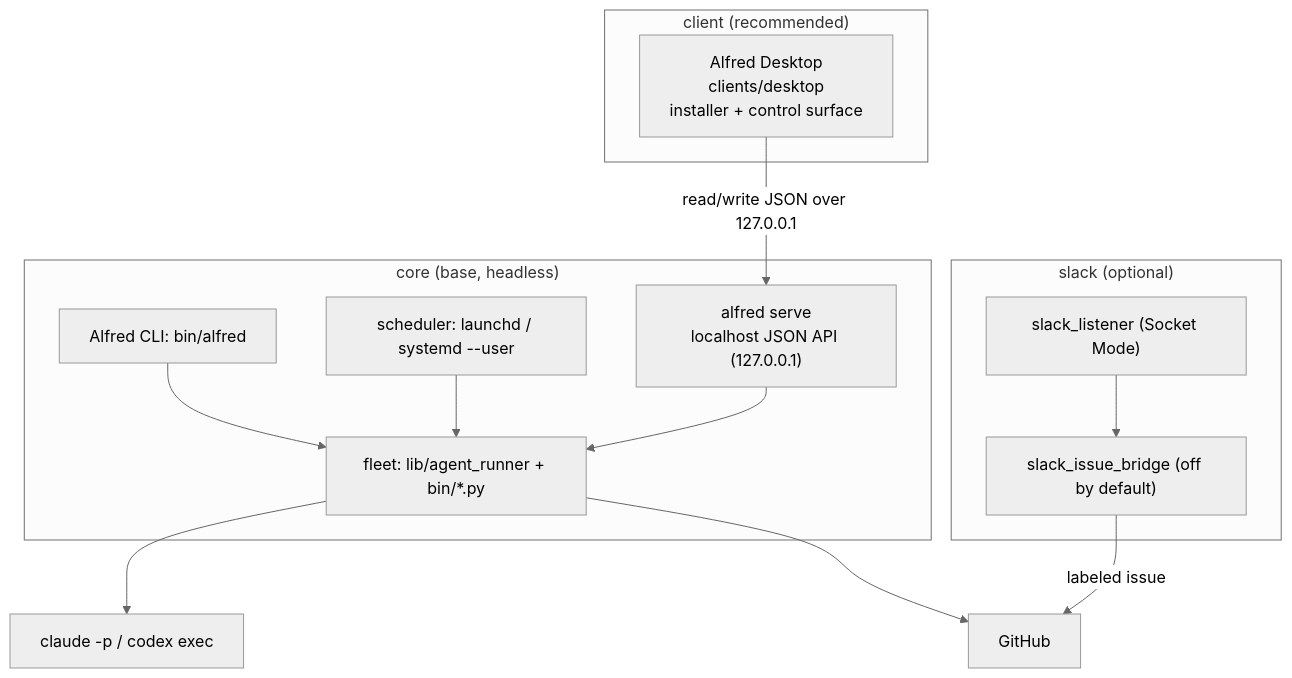
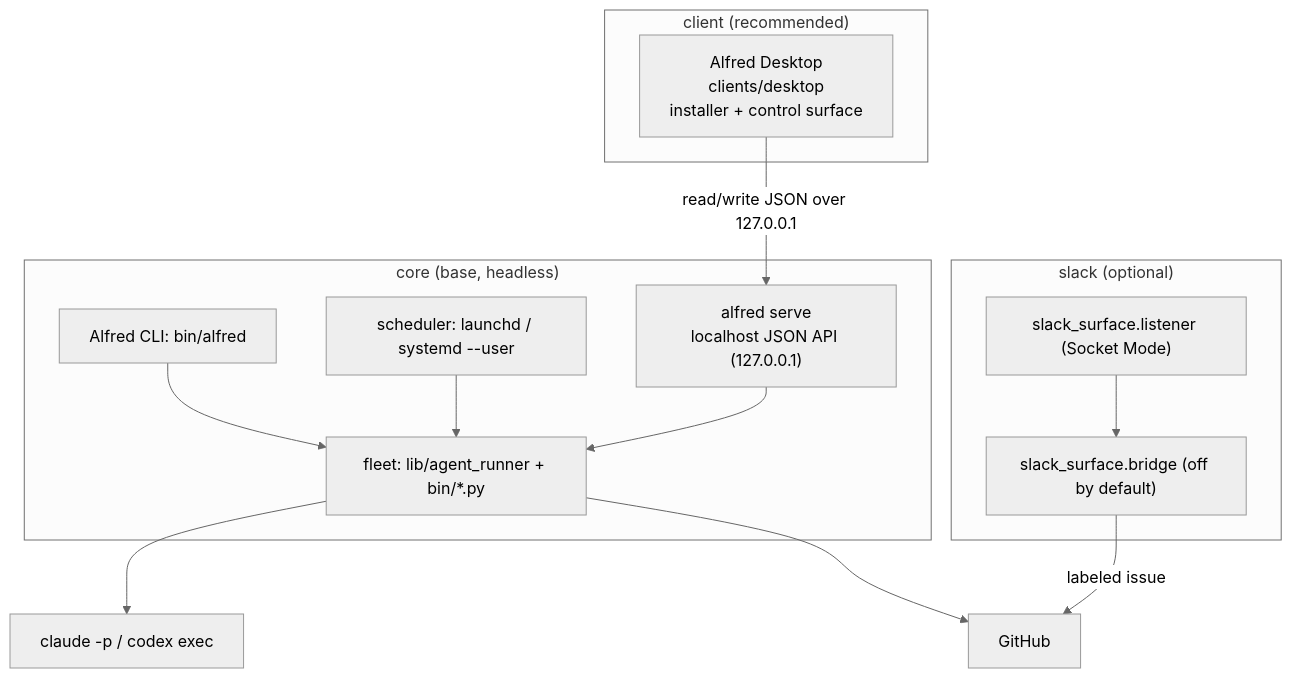
Before and after one commit to luminik-io/alfred: the diagram in site/src/content/docs/concepts/layered-install.md, drawn with Mermaid (neutral theme). The commit also changed 4 other files, not shown here.

````diff
--- a/site/src/content/docs/concepts/layered-install.md
+++ b/site/src/content/docs/concepts/layered-install.md
@@ -11,30 +11,30 @@
 ```mermaid
 flowchart TB
     subgraph core["core (base, headless)"]
         fleet["fleet: lib/agent_runner + bin/*.py"]
         cli["Alfred CLI: bin/alfred"]
         sched["scheduler: launchd / systemd --user"]
         serve["alfred serve<br/>localhost JSON API (127.0.0.1)"]
     end
 
     subgraph client["client (recommended)"]
         desktop["Alfred Desktop<br/>clients/desktop<br/>installer + control surface"]
     end
 
     subgraph slack["slack (optional)"]
-        listener["slack_listener (Socket Mode)"]
-        bridge["slack_issue_bridge (off by default)"]
+        listener["slack_surface.listener (Socket Mode)"]
+        bridge["slack_surface.bridge (off by default)"]
     end
 
     gh["GitHub"]
     engines["claude -p / codex exec"]
 
     fleet --> engines
     fleet --> gh
     cli --> fleet
     sched --> fleet
     serve --> fleet
     desktop -->|read/write JSON over 127.0.0.1| serve
     listener --> bridge
     bridge -->|labeled issue| gh
 ```
````
